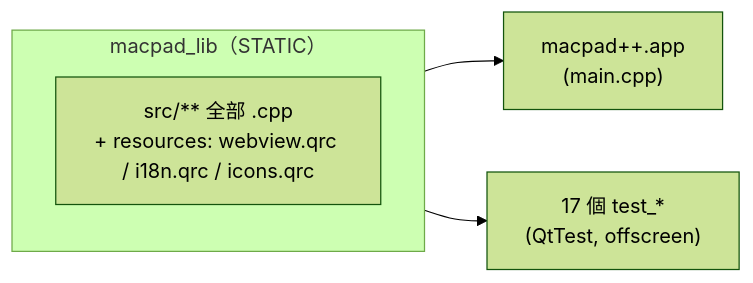
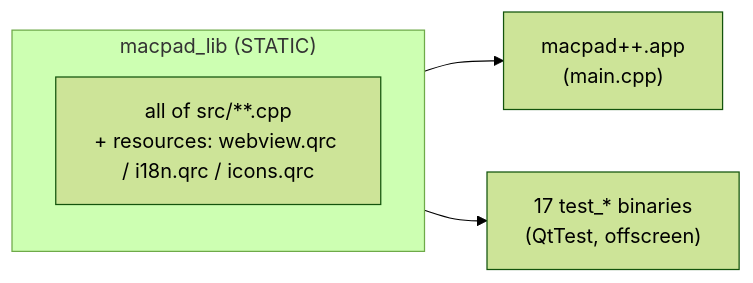
Before and after one commit to EddyKuo/macpadpp: the second of 23 diagrams in docs/design.md, drawn with Mermaid (forest theme). The commit also changed other lines of this file and 24 other files, not shown here.

````diff
--- a/docs/design.md
+++ b/docs/design.md
@@ -105,10 +123,10 @@
 ```mermaid
 flowchart LR
-    subgraph lib["macpad_lib（STATIC）"]
-        srcs["src/** 全部 .cpp\n+ resources: webview.qrc / i18n.qrc / icons.qrc"]
+    subgraph lib["macpad_lib (STATIC)"]
+        srcs["all of src/**.cpp\n+ resources: webview.qrc / i18n.qrc / icons.qrc"]
     end
     exe["macpad++.app\n(main.cpp)"]
-    tests["17 個 test_*\n(QtTest, offscreen)"]
+    tests["17 test_* binaries\n(QtTest, offscreen)"]
     lib --> exe
     lib --> tests
 ```
````
